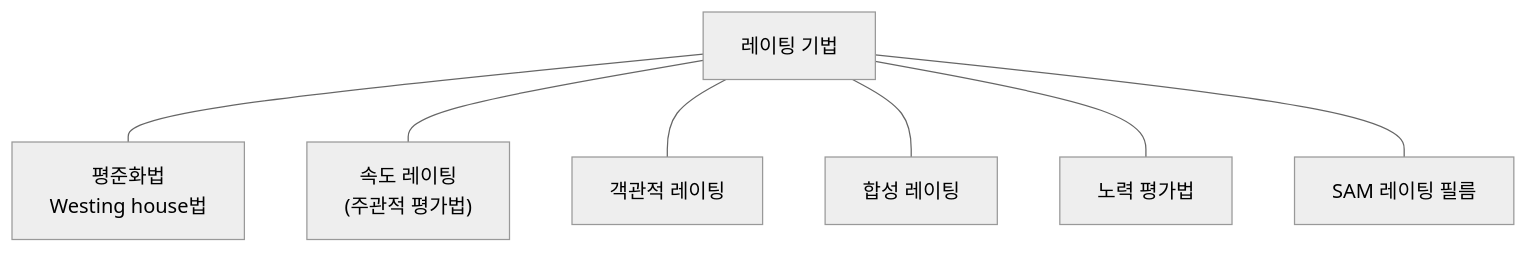
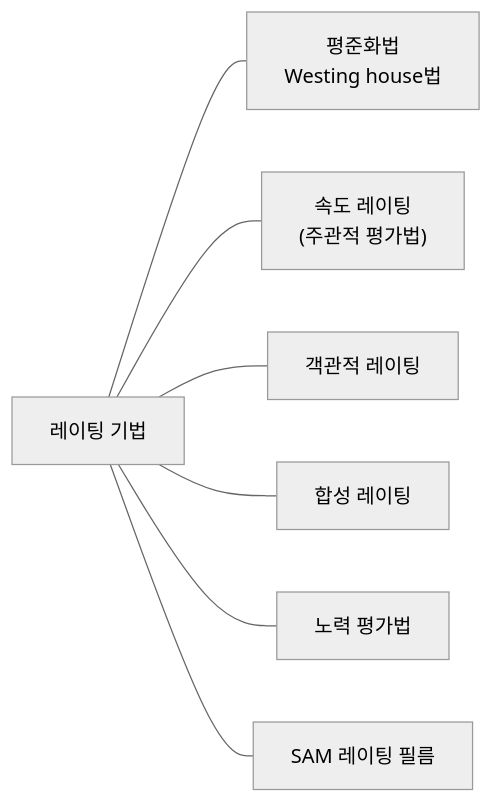
One commit to yeonkyupark/pepc2e changed the first of 2 diagrams in 0504표준작업관리.qmd. Above: the diagram before and after it, drawn with Mermaid (neutral theme). The commit also changed other lines of this file, not shown here.

````diff
--- a/0504표준작업관리.qmd
+++ b/0504표준작업관리.qmd
@@ -39,13 +39,13 @@
 ```{mermaid}
-flowchart TB
+flowchart LR
 
 00["레이팅 기법"]
 10["평준화법<br>Westing house법"]
 20["속도 레이팅<br>(주관적 평가법)"]
 30["객관적 레이팅"]
 40["합성 레이팅"]
 50["노력 평가법"]
 60["SAM 레이팅 필름"]
 
 00 --- 10 & 20 & 30 & 40 & 50 & 60
 ```
````
